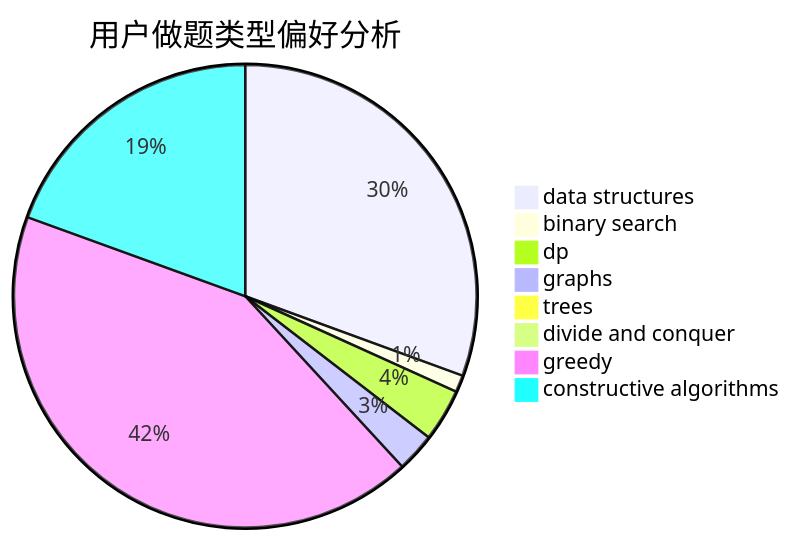
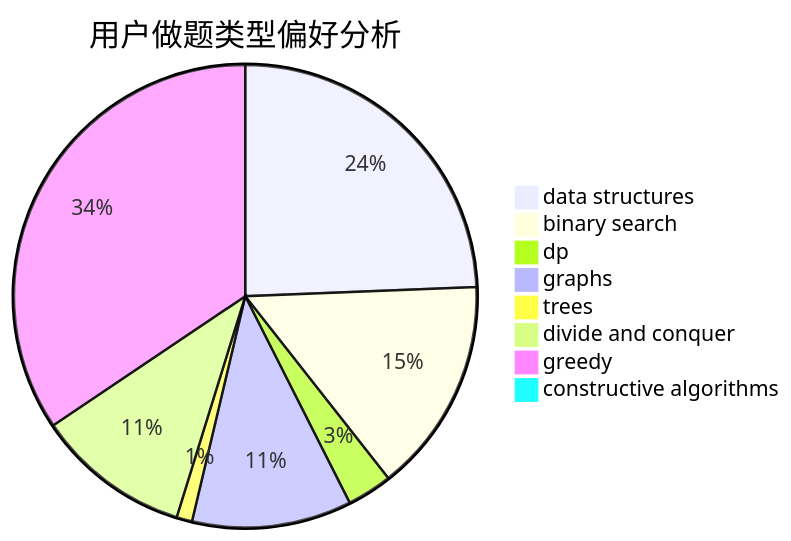
Before and after one commit to sherpahu/cfrs.github.io: the second of 3 diagrams in docs/user/u1316.md, drawn with Mermaid. The commit also changed other lines of this file and 2770 other files, not shown here.

````diff
--- a/docs/user/u1316.md
+++ b/docs/user/u1316.md
@@ -23,11 +23,11 @@
 ```mermaid
 pie title 用户做题类型偏好分析
-    "data structures" :  440
-    "binary search" :  17
-    "dp" :  53
-    "graphs" :  39
-    "trees" :  6
-    "divide and conquer" :  0
-    "greedy" :  610
-    "constructive algorithms" :  280
+    "data structures" :  201
+    "binary search" :  124
+    "dp" :  26
+    "graphs" :  92
+    "trees" :  9
+    "divide and conquer" :  89
+    "greedy" :  284
+    "constructive algorithms" :  6
 ```
````
